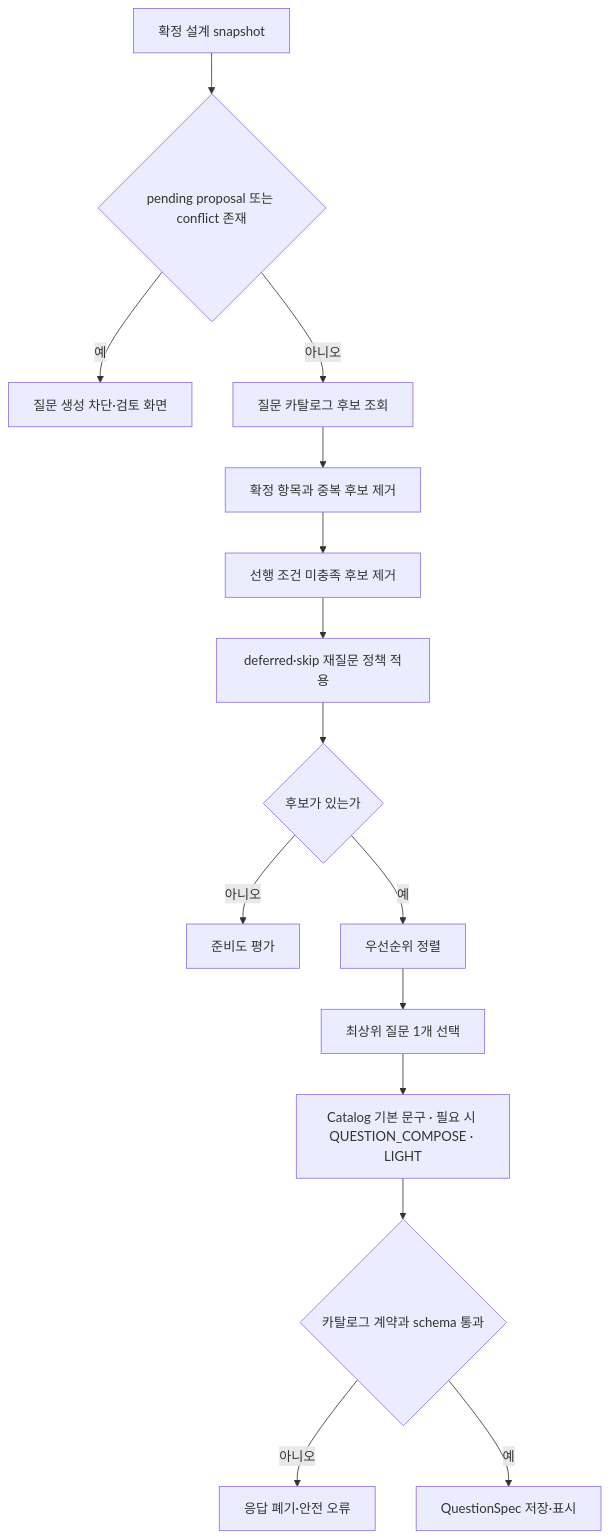
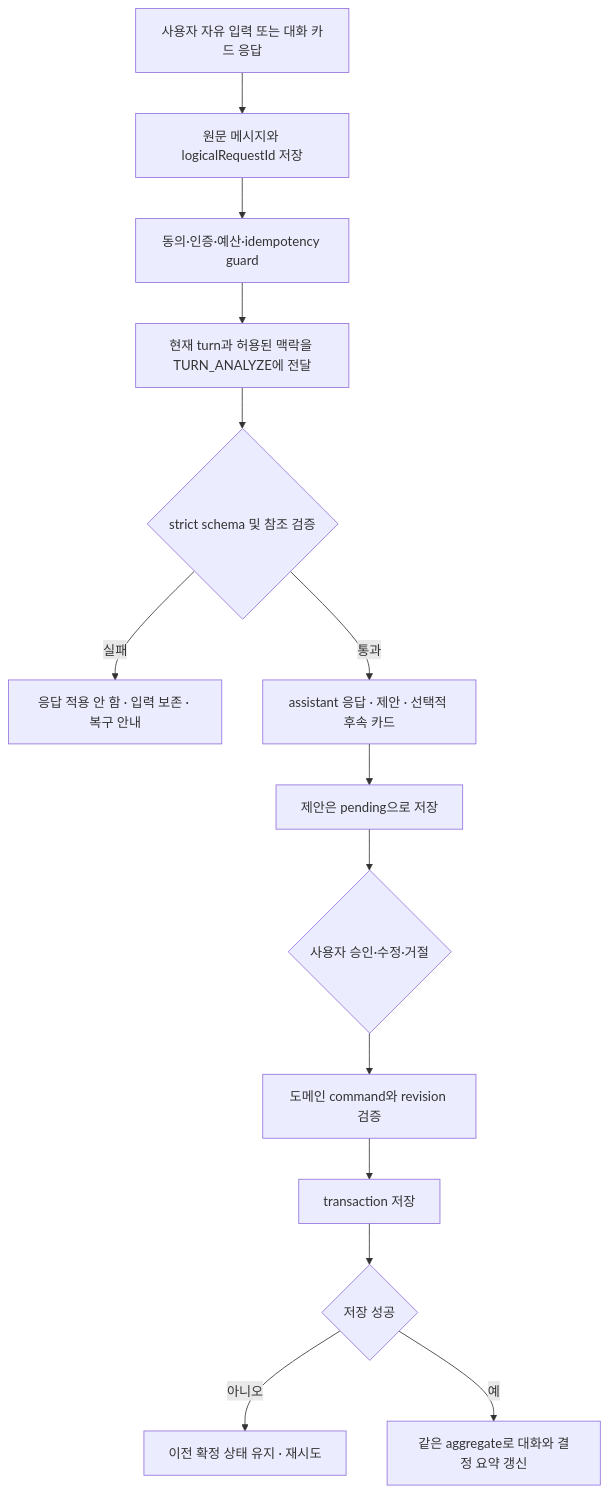
One commit to donghyunlee-dev/ai-agent-blueprint changed the diagram in docs/process/03-question-and-answer-decisions.md. Above: the diagram before and after it, drawn with Mermaid. The commit also changed other lines of this file and 37 other files, not shown here.

````diff
--- a/docs/process/03-question-and-answer-decisions.md
+++ b/docs/process/03-question-and-answer-decisions.md
@@ -5,17 +7,16 @@
 ```mermaid
 flowchart TD
-    A[확정 설계 snapshot] --> B{pending proposal 또는 conflict 존재}
-    B -- 예 --> B1[질문 생성 차단·검토 화면]
-    B -- 아니오 --> C[질문 카탈로그 후보 조회]
-    C --> D[확정 항목과 중복 후보 제거]
-    D --> E[선행 조건 미충족 후보 제거]
-    E --> F[deferred·skip 재질문 정책 적용]
-    F --> G{후보가 있는가}
-    G -- 아니오 --> H[준비도 평가]
-    G -- 예 --> I[우선순위 정렬]
-    I --> J[최상위 질문 1개 선택]
-    J --> K[Catalog 기본 문구 · 필요 시 QUESTION_COMPOSE · LIGHT]
-    K --> L{카탈로그 계약과 schema 통과}
-    L -- 아니오 --> M[응답 폐기·안전 오류]
-    L -- 예 --> N[QuestionSpec 저장·표시]
+    A[사용자 자유 입력 또는 대화 카드 응답] --> B[원문 메시지와 logicalRequestId 저장]
+    B --> C[동의·인증·예산·idempotency guard]
+    C --> D[현재 turn과 허용된 맥락을 TURN_ANALYZE에 전달]
+    D --> E{strict schema 및 참조 검증}
+    E -- 실패 --> F[응답 적용 안 함 · 입력 보존 · 복구 안내]
+    E -- 통과 --> G[assistant 응답 · 제안 · 선택적 후속 카드]
+    G --> H[제안은 pending으로 저장]
+    H --> I{사용자 승인·수정·거절}
+    I --> J[도메인 command와 revision 검증]
+    J --> K[transaction 저장]
+    K --> L{저장 성공}
+    L -- 아니오 --> M[이전 확정 상태 유지 · 재시도]
+    L -- 예 --> N[같은 aggregate로 대화와 결정 요약 갱신]
 ```
````
